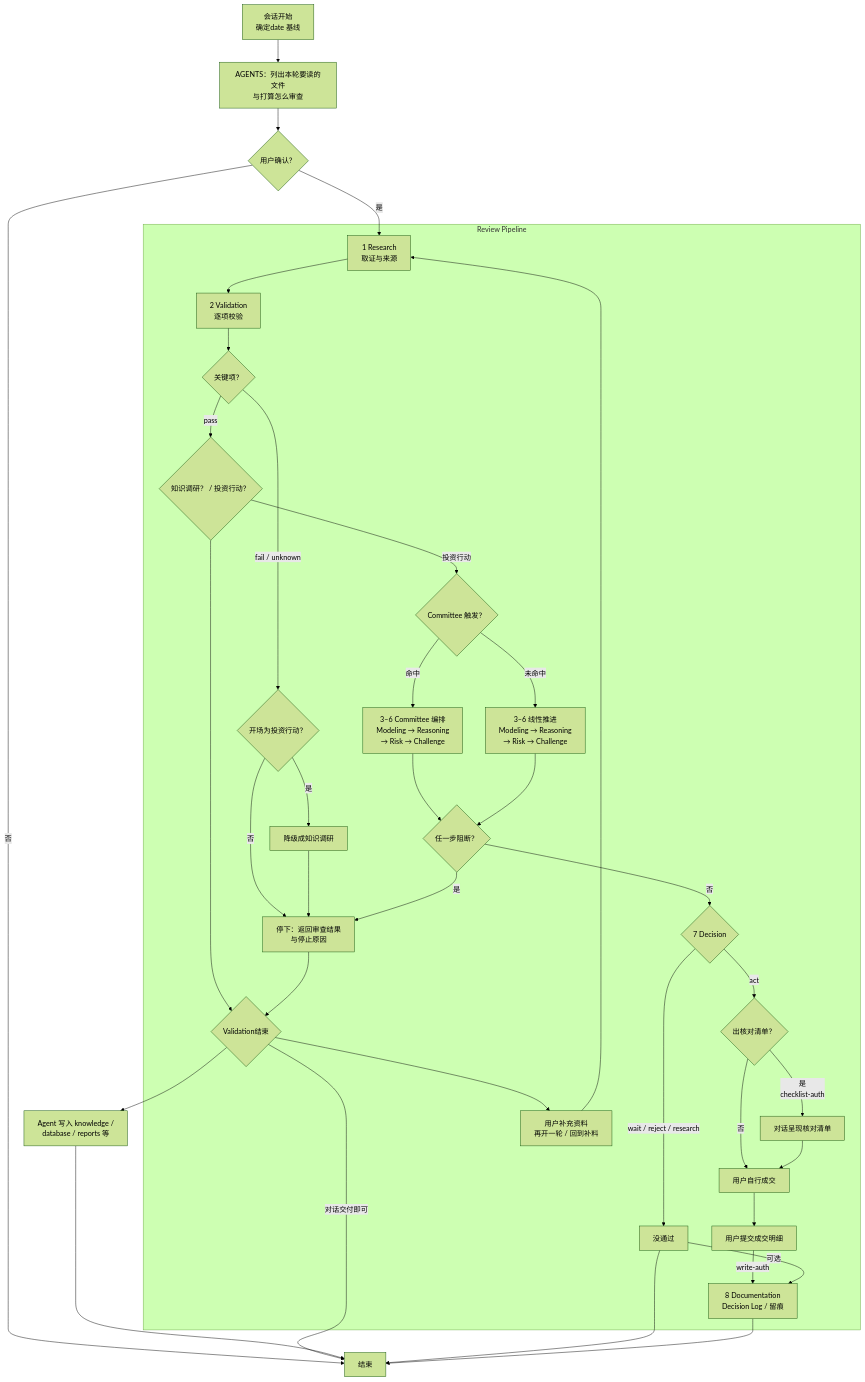
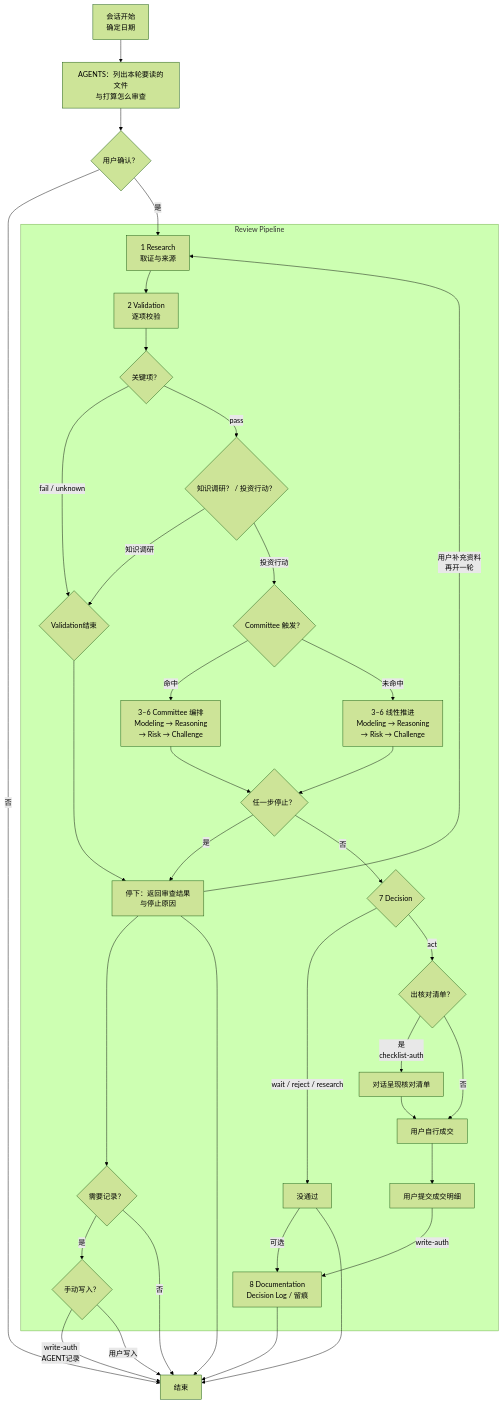
Before and after one commit to Meta11ic0/PIOS: the first of 2 diagrams in ARCHITECTURE.md, drawn with Mermaid (forest theme). The commit also changed other lines of this file, not shown here.

````diff
--- a/ARCHITECTURE.md
+++ b/ARCHITECTURE.md
@@ -111,42 +109,42 @@
 ```mermaid
 flowchart TD
- S["会话开始<br/>确定date 基线"] --> Load["AGENTS：列出本轮要读的文件<br/>与打算怎么审查"]
+ S["会话开始<br/>确定日期"] --> Load["AGENTS：列出本轮要读的文件<br/>与打算怎么审查"]
  Load --> Confirm{"用户确认？"}
  Confirm -->|否| End["结束"]
  Confirm -->|是| R["1 Research<br/>取证与来源"]
 
  subgraph RP["Review Pipeline"]
   R --> V["2 Validation<br/>逐项校验"]
   V --> Check{"关键项？"}
-  Check -->|fail / unknown| FailFork{"开场为投资行动？"}
-  FailFork -->|是| Fall["降级成知识调研"]
-  FailFork -->|否| Stop["停下：返回审查结果<br/>与停止原因"]
-  Fall --> Stop
+  Check -->|fail / unknown| ResOut{"Validation结束"}
+  Stop["停下：返回审查结果<br/>与停止原因"]
   Check -->|pass| Fork{"知识调研？ / 投资行动？"}
-  Fork -->ResOut{"Validation结束"}
+  Fork -->|知识调研| ResOut
   Fork -->|投资行动| C{"Committee 触发？"}
   C -->|命中| C36["3–6 Committee 编排<br/>Modeling → Reasoning<br/>→ Risk → Challenge"]
   C -->|未命中| L36["3–6 线性推进<br/>Modeling → Reasoning<br/> → Risk → Challenge"]
-  C36 --> Mid{"任一步阻断？"}
+  C36 --> Mid{"任一步停止？"}
   L36 --> Mid
   Mid -->|是| Stop
   Mid -->|否| DC{"7 Decision"}
-  Stop --> ResOut
+  ResOut --> Stop
   DC -->|wait / reject / research| ED["没通过"]
   DC -->|act| CL{"出核对清单？"}
   CL -->|是<br/>checklist-auth| LI["对话呈现核对清单"]
   CL -->|否| BK["用户自行成交"]
   LI --> BK
   BK --> WB["用户提交成交明细"]
-  WB --> |write-auth|Doc8["8 Documentation<br/>Decision Log / 留痕"]
-  ResOut --> Sup["用户补充资料<br/>再开一轮 / 回到补料"]
-  ED --> |可选|Doc8["8 Documentation<br/>Decision Log / 留痕"]
-  Sup --> R
+  WB --> |write-auth| Doc8["8 Documentation<br/>Decision Log / 留痕"]
+  Stop -->|"用户补充资料<br/>再开一轮"|R
+  Stop --> WRQ{"需要记录？"}
+  WRQ --> |是|UW{"手动写入？"}
+  ED --> |可选|Doc8
  end
 
- ResOut -->|对话交付即可| End
- ResOut --> W["Agent 写入 knowledge /<br/>database / reports 等"]
- W --> End
+ Stop -->End
+ WRQ --> |否| End
+ UW --> |write-auth<br/>AGENT记录|End
+ UW --> |用户写入|End
  ED --> End
  Doc8 --> End
 ```
````
